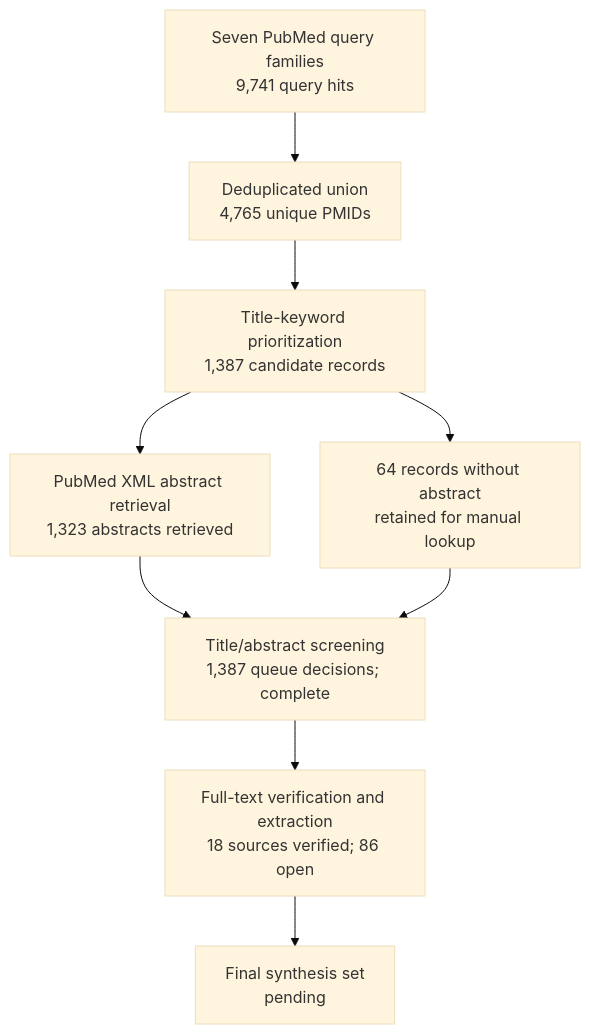
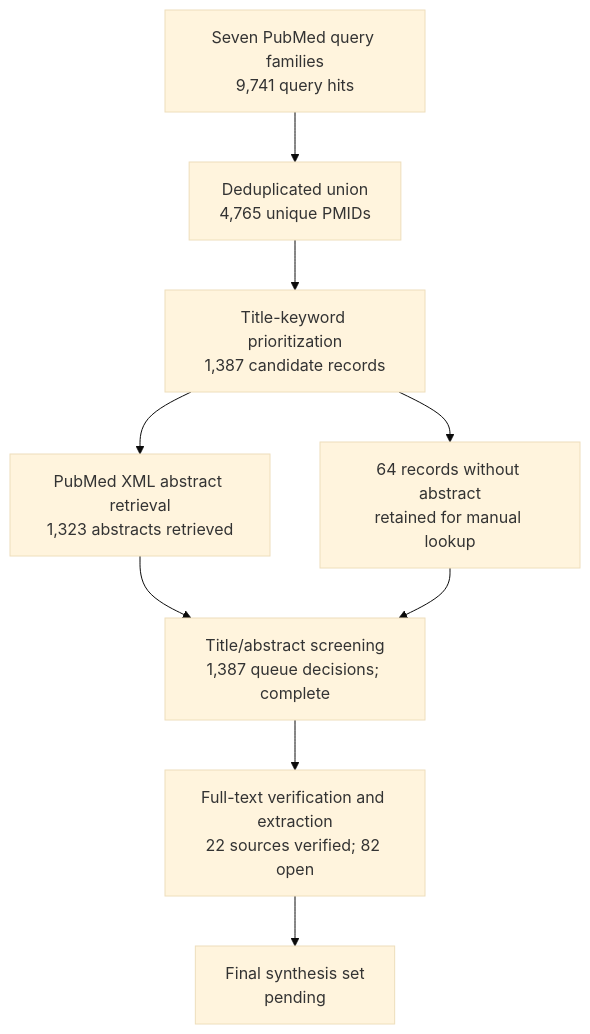
The diagram in manuscript/review-flow.md (dcmcshan/artemisia), drawn with Mermaid (base theme) before and after one commit. The commit also changed other lines of this file and 12 other files, not shown here.

Commit message:
Extend malaria and helminth full text evidence

````diff
--- a/manuscript/review-flow.md
+++ b/manuscript/review-flow.md
@@ -5,11 +5,11 @@
 ```mermaid
 flowchart TB
   Q[Seven PubMed query families<br/>9,741 query hits] --> U[Deduplicated union<br/>4,765 unique PMIDs]
   U --> T[Title-keyword prioritization<br/>1,387 candidate records]
   T --> A[PubMed XML abstract retrieval<br/>1,323 abstracts retrieved]
   T --> N[64 records without abstract<br/>retained for manual lookup]
   A --> M[Title/abstract screening<br/>1,387 queue decisions; complete]
   N --> M
-  M --> F[Full-text verification and extraction<br/>18 sources verified; 86 open]
+  M --> F[Full-text verification and extraction<br/>22 sources verified; 82 open]
   F --> S[Final synthesis set<br/>pending]
 ```
````
